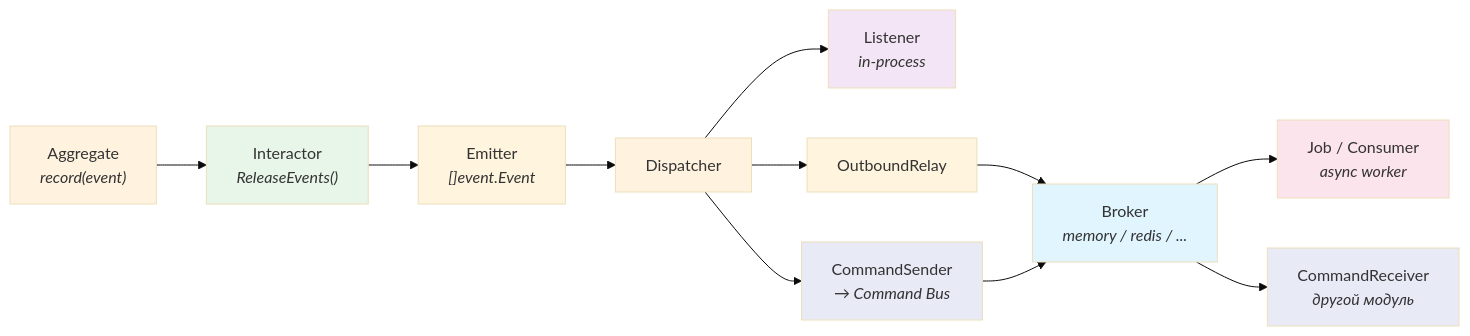
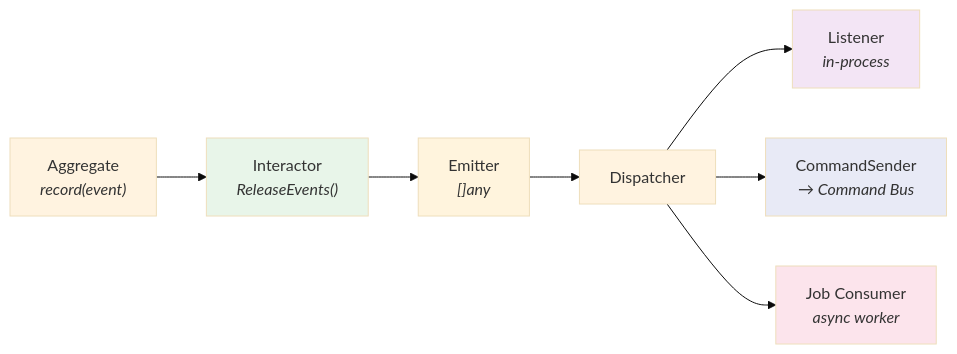
The third of 14 diagrams in README.md (shuldan/skeleton), drawn with Mermaid (base theme) before and after one commit. The commit also changed other lines of this file and 16 other files, not shown here.

````diff
--- a/README.md
+++ b/README.md
@@ -204,23 +203,17 @@
 ```mermaid
 graph LR
     AGG["Aggregate<br/><i>record(event)</i>"] --> INT["Interactor<br/><i>ReleaseEvents()</i>"]
-    INT --> EM["Emitter<br/><i>[]event.Event</i>"]
+    INT --> EM["Emitter<br/><i>[]any</i>"]
     EM --> DISP["Dispatcher"]
     
     DISP --> L1["Listener<br/><i>in-process</i>"]
-    DISP --> RELAY["OutboundRelay"]
     DISP --> CMDSEND["CommandSender<br/><i>→ Command Bus</i>"]
-    RELAY --> BROKER["Broker<br/><i>memory / redis / ...</i>"]
-    CMDSEND --> BROKER
-    BROKER --> JOB["Job / Consumer<br/><i>async worker</i>"]
-    BROKER --> CMDRECV["CommandReceiver<br/><i>другой модуль</i>"]
+    DISP --> JOB["Job Consumer<br/><i>async worker</i>"]
 
     style AGG fill:#fff3e0
     style INT fill:#e8f5e9
     style DISP fill:#fff3e0
     style L1 fill:#f3e5f5
-    style BROKER fill:#e1f5fe
+    style CMDSEND fill:#e8eaf6
     style JOB fill:#fce4ec
-    style CMDSEND fill:#e8eaf6
-    style CMDRECV fill:#e8eaf6
 ```
````
